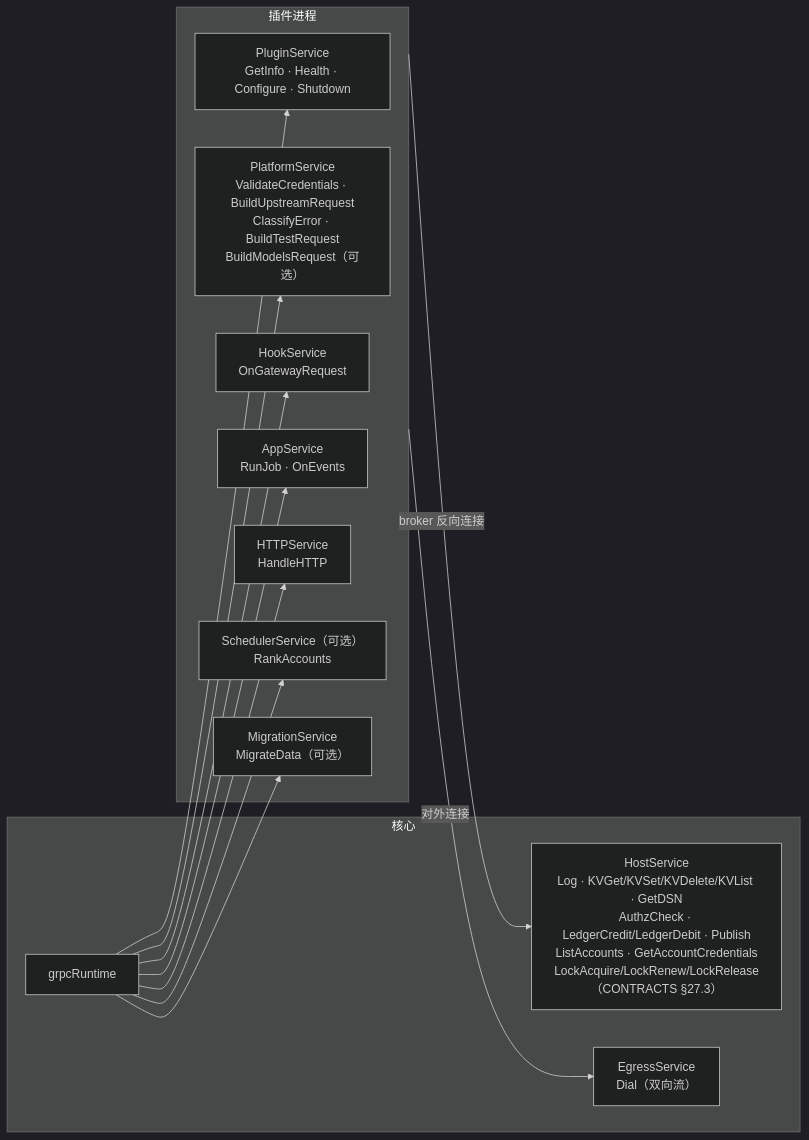
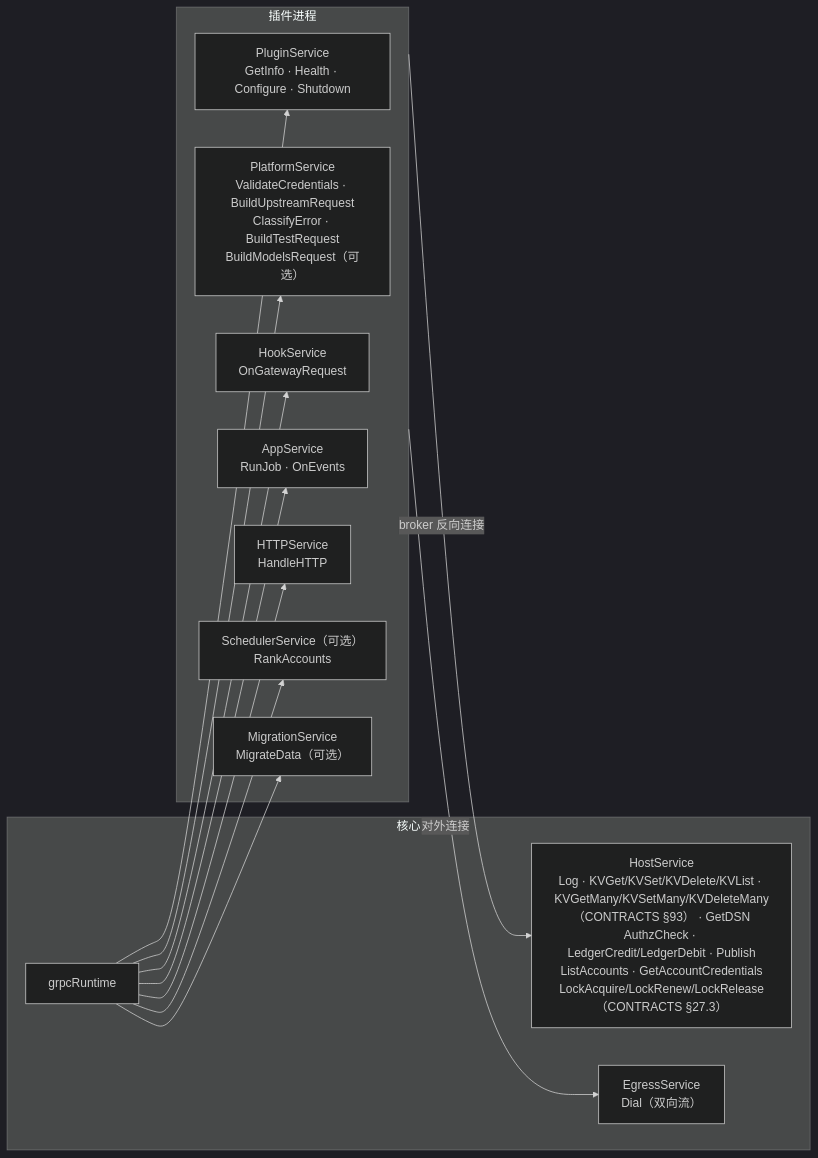
The fifth of 18 diagrams in next/docs/ARCHITECTURE.md (Sub2API-Devs/sup2api), drawn with Mermaid (dark theme) before and after one commit. The commit also changed 13 other files, not shown here.

````diff
--- a/next/docs/ARCHITECTURE.md
+++ b/next/docs/ARCHITECTURE.md
@@ -495,20 +495,20 @@
 ```mermaid
 flowchart LR
   subgraph host["核心"]
     rt["grpcRuntime"]
-    hs["HostService<br/>Log · KVGet/KVSet/KVDelete/KVList · GetDSN<br/>AuthzCheck · LedgerCredit/LedgerDebit · Publish<br/>ListAccounts · GetAccountCredentials<br/>LockAcquire/LockRenew/LockRelease（CONTRACTS §27.3）"]
+    hs["HostService<br/>Log · KVGet/KVSet/KVDelete/KVList · KVGetMany/KVSetMany/KVDeleteMany（CONTRACTS §93） · GetDSN<br/>AuthzCheck · LedgerCredit/LedgerDebit · Publish<br/>ListAccounts · GetAccountCredentials<br/>LockAcquire/LockRenew/LockRelease（CONTRACTS §27.3）"]
     eg["EgressService<br/>Dial（双向流）"]
   end
   subgraph plugin["插件进程"]
     ps["PluginService<br/>GetInfo · Health · Configure · Shutdown"]
     pf["PlatformService<br/>ValidateCredentials · BuildUpstreamRequest<br/>ClassifyError · BuildTestRequest<br/>BuildModelsRequest（可选）"]
     hk["HookService<br/>OnGatewayRequest"]
     ap["AppService<br/>RunJob · OnEvents"]
     hx["HTTPService<br/>HandleHTTP"]
     sc["SchedulerService（可选）<br/>RankAccounts"]
     ms["MigrationService<br/>MigrateData（可选）"]
   end
   rt --> ps & pf & hk & ap & hx & sc & ms
   plugin -->|"broker 反向连接"| hs
   plugin -->|"对外连接"| eg
 ```
````
